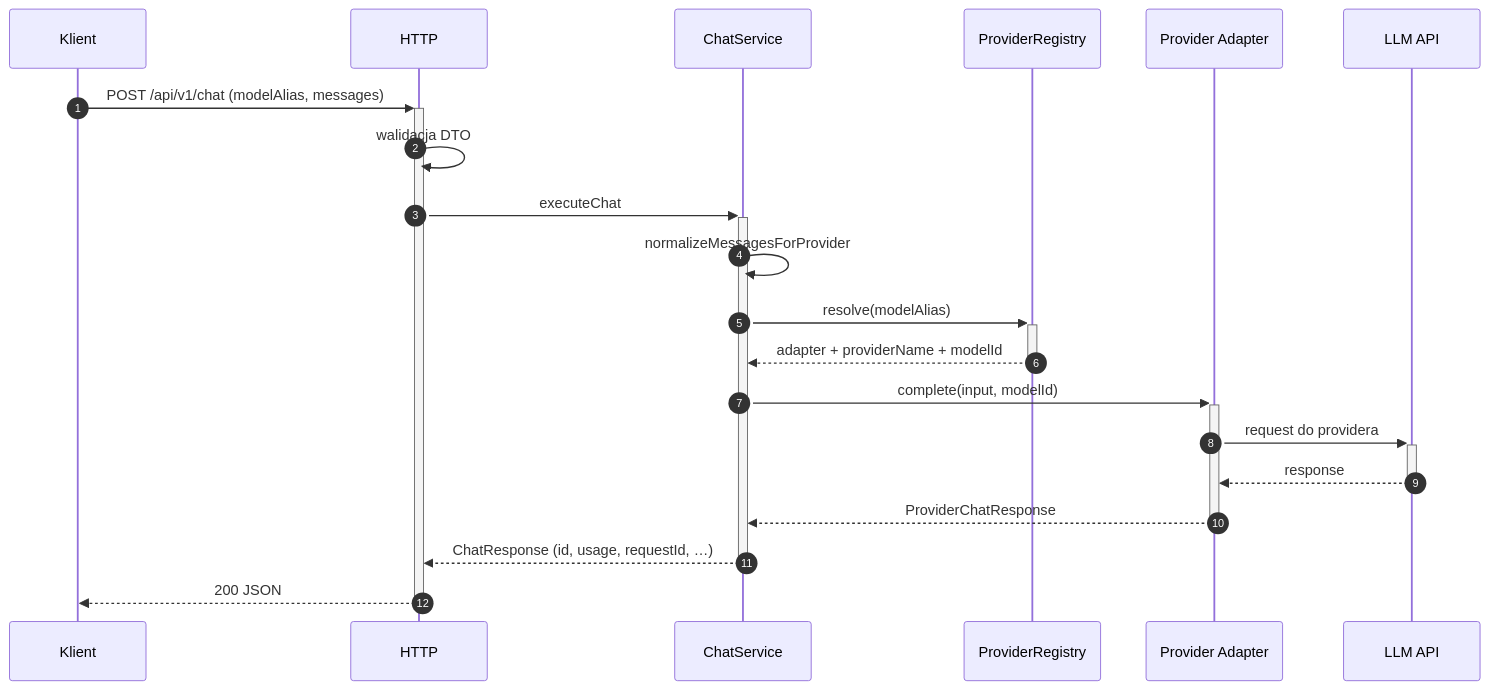
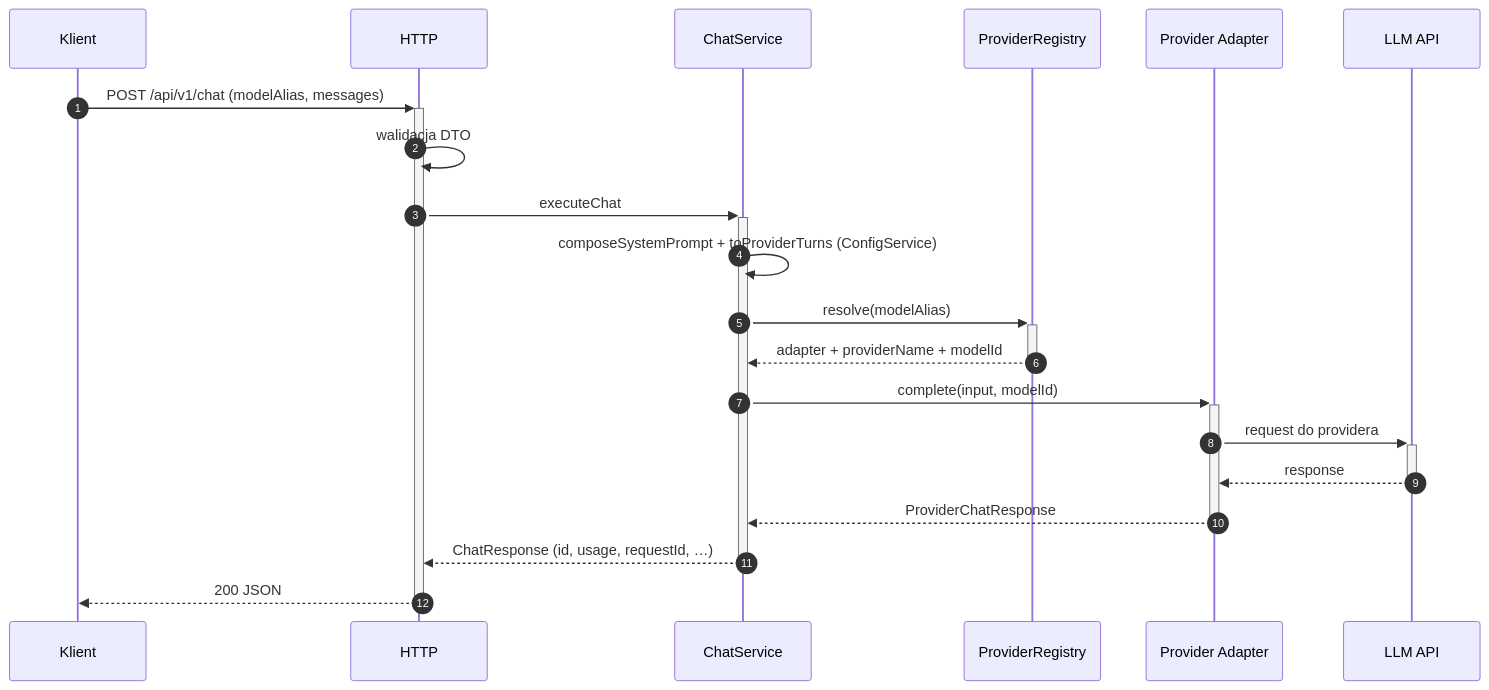
The second of 4 diagrams in docs/data_flow.md (matej2314/ai-provider-gateway), drawn with Mermaid before and after one commit. The commit also changed other lines of this file and 19 other files, not shown here.

Commit message:
Refactor system prompt mechanism

````diff
--- a/docs/data_flow.md
+++ b/docs/data_flow.md
@@ -41,23 +41,23 @@
 ```mermaid
 sequenceDiagram
   autonumber
   participant K as Klient
   participant H as HTTP
   participant S as ChatService
   participant R as ProviderRegistry
   participant P as Provider Adapter
   participant A as LLM API
 
   K->>+H: POST /api/v1/chat (modelAlias, messages)
   H->>H: walidacja DTO
   H->>+S: executeChat
-  S->>S: normalizeMessagesForProvider
+  S->>S: composeSystemPrompt + toProviderTurns (ConfigService)
   S->>+R: resolve(modelAlias)
   R-->>-S: adapter + providerName + modelId
   S->>+P: complete(input, modelId)
   P->>+A: request do providera
   A-->>-P: response
   P-->>-S: ProviderChatResponse
   S-->>-H: ChatResponse (id, usage, requestId, …)
   H-->>-K: 200 JSON
 ```
````
